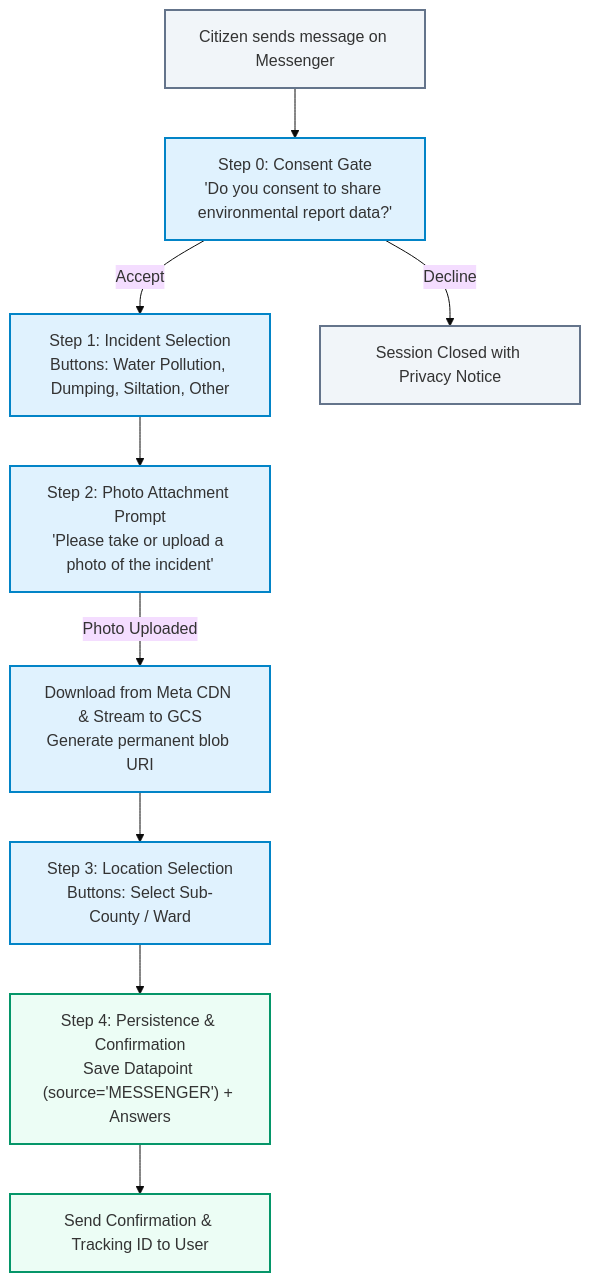
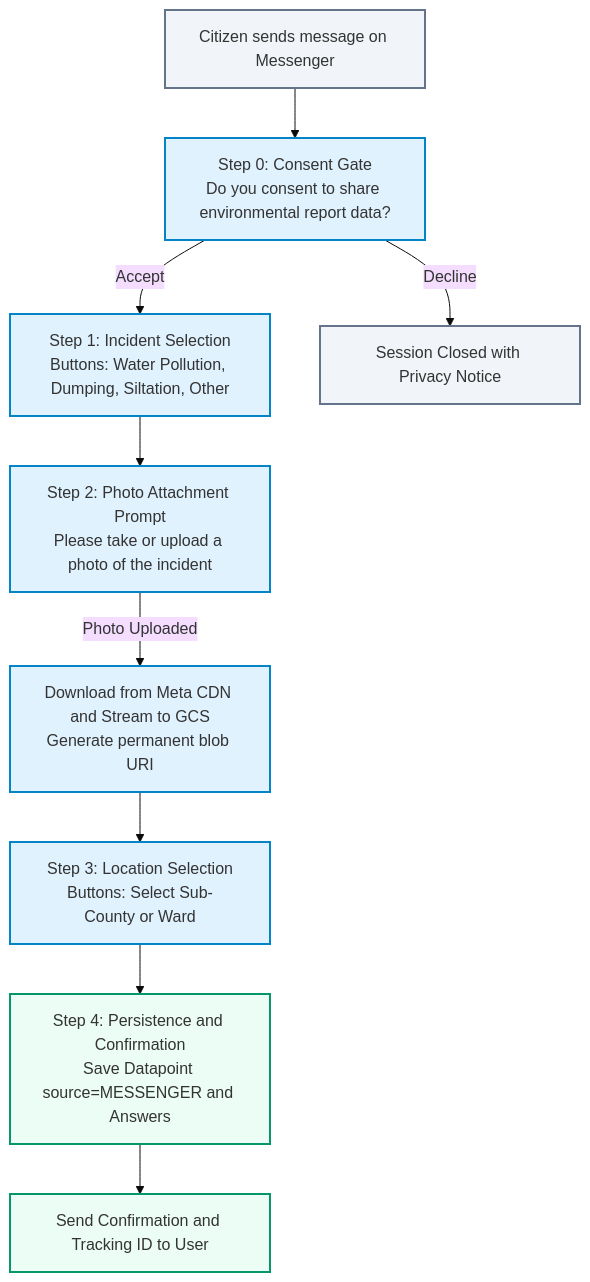
One commit to akvo/nbd-phase-1 changed the second of 4 diagrams in docs/features/009_facebook_messenger_chatbot_pipeline_spec.md. Above: the diagram before and after it, drawn with Mermaid (base theme). The commit also changed other lines of this file and 1 other file, not shown here.

Commit message:
[#170] fix(docs): harden mermaid syntax and quote subgraph titles for github renderer

````diff
--- a/docs/features/009_facebook_messenger_chatbot_pipeline_spec.md
+++ b/docs/features/009_facebook_messenger_chatbot_pipeline_spec.md
@@ -106,17 +106,17 @@
 ```mermaid
 flowchart TD
     classDef start fill:#f1f5f9,stroke:#64748b,stroke-width:2px;
     classDef step fill:#e0f2fe,stroke:#0284c7,stroke-width:2px;
     classDef done fill:#ecfdf5,stroke:#059669,stroke-width:2px;
 
-    Start["Citizen sends message on Messenger"]:::start --> Step0["Step 0: Consent Gate\n'Do you consent to share environmental report data?'"]:::step
-    Step0 -->|Accept| Step1["Step 1: Incident Selection\nButtons: Water Pollution, Dumping, Siltation, Other"]:::step
+    Start["Citizen sends message on Messenger"]:::start --> Step0["Step 0: Consent Gate<br/>Do you consent to share environmental report data?"]:::step
+    Step0 -->|Accept| Step1["Step 1: Incident Selection<br/>Buttons: Water Pollution, Dumping, Siltation, Other"]:::step
     Step0 -->|Decline| EndDecline["Session Closed with Privacy Notice"]:::start
 
-    Step1 --> Step2["Step 2: Photo Attachment Prompt\n'Please take or upload a photo of the incident'"]:::step
-    Step2 -->|Photo Uploaded| Step2Stream["Download from Meta CDN & Stream to GCS\nGenerate permanent blob URI"]:::step
+    Step1 --> Step2["Step 2: Photo Attachment Prompt<br/>Please take or upload a photo of the incident"]:::step
+    Step2 -->|Photo Uploaded| Step2Stream["Download from Meta CDN and Stream to GCS<br/>Generate permanent blob URI"]:::step
     
-    Step2Stream --> Step3["Step 3: Location Selection\nButtons: Select Sub-County / Ward"]:::step
-    Step3 --> Step4["Step 4: Persistence & Confirmation\nSave Datapoint (source='MESSENGER') + Answers"]:::done
-    Step4 --> ConfirmMsg["Send Confirmation & Tracking ID to User"]:::done
+    Step2Stream --> Step3["Step 3: Location Selection<br/>Buttons: Select Sub-County or Ward"]:::step
+    Step3 --> Step4["Step 4: Persistence and Confirmation<br/>Save Datapoint source=MESSENGER and Answers"]:::done
+    Step4 --> ConfirmMsg["Send Confirmation and Tracking ID to User"]:::done
 ```
````
